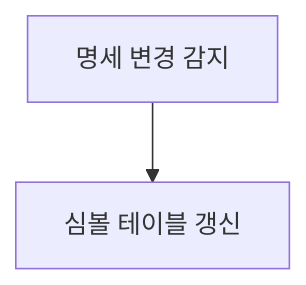
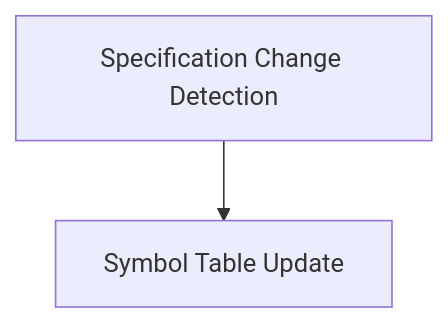
The third of 9 diagrams in docs/flowchart.md (siyul-park/uniflow), drawn with Mermaid before and after one commit. The commit also changed other lines of this file and 3 other files, not shown here.

````diff
--- a/docs/flowchart.md
+++ b/docs/flowchart.md
@@ -70,4 +71,4 @@
 ```mermaid
 flowchart TD
-    A["명세 변경 감지"] --> B["심볼 테이블 갱신"]
+    A["Specification Change Detection"] --> B["Symbol Table Update"]
 ```
````
